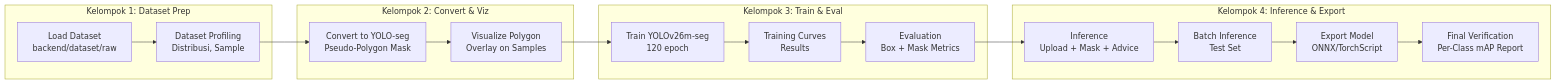
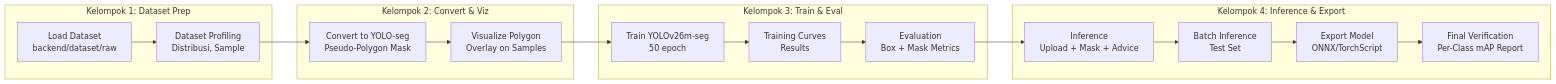
The tenth of 14 diagrams in proposalPaper/presentation.md (aryaw/SmartBin), drawn with Mermaid before and after one commit. The commit also changed other lines of this file and 2 other files, not shown here.

Commit message:
update training

````diff
--- a/proposalPaper/presentation.md
+++ b/proposalPaper/presentation.md
@@ -285,22 +322,22 @@
 ```mermaid
 flowchart LR
     subgraph G1[Kelompok 1: Dataset Prep]
         A1[Load Dataset<br/>backend/dataset/raw] --> A2[Dataset Profiling<br/>Distribusi, Sample]
     end
     
     subgraph G2[Kelompok 2: Convert & Viz]
         B1[Convert to YOLO-seg<br/>Pseudo-Polygon Mask] --> B2[Visualize Polygon<br/>Overlay on Samples]
     end
     
     subgraph G3[Kelompok 3: Train & Eval]
-        C1[Train YOLOv26m-seg<br/>120 epoch] --> C2[Training Curves<br/>Results] --> C3[Evaluation<br/>Box + Mask Metrics]
+        C1[Train YOLOv26m-seg<br/>50 epoch] --> C2[Training Curves<br/>Results] --> C3[Evaluation<br/>Box + Mask Metrics]
     end
     
     subgraph G4[Kelompok 4: Inference & Export]
         D1[Inference<br/>Upload + Mask + Advice] --> D2[Batch Inference<br/>Test Set] --> D3[Export Model<br/>ONNX/TorchScript] --> D4[Final Verification<br/>Per-Class mAP Report]
     end
     
     A2 --> B1
     B2 --> C1
     C3 --> D1
 ```
````
